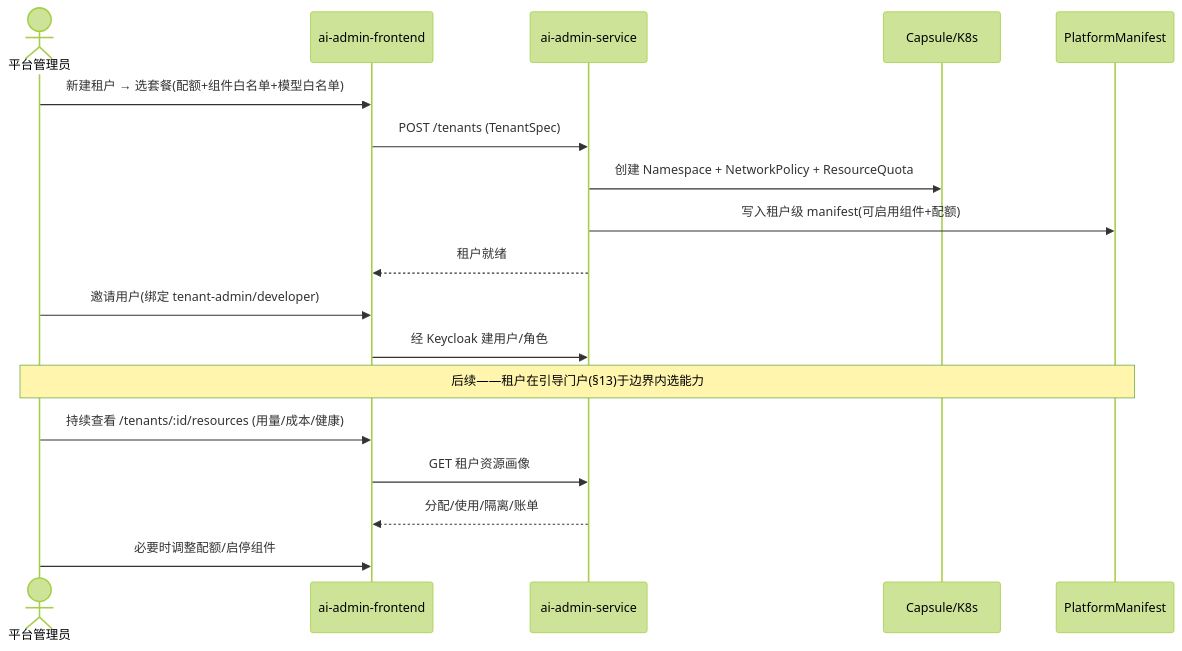
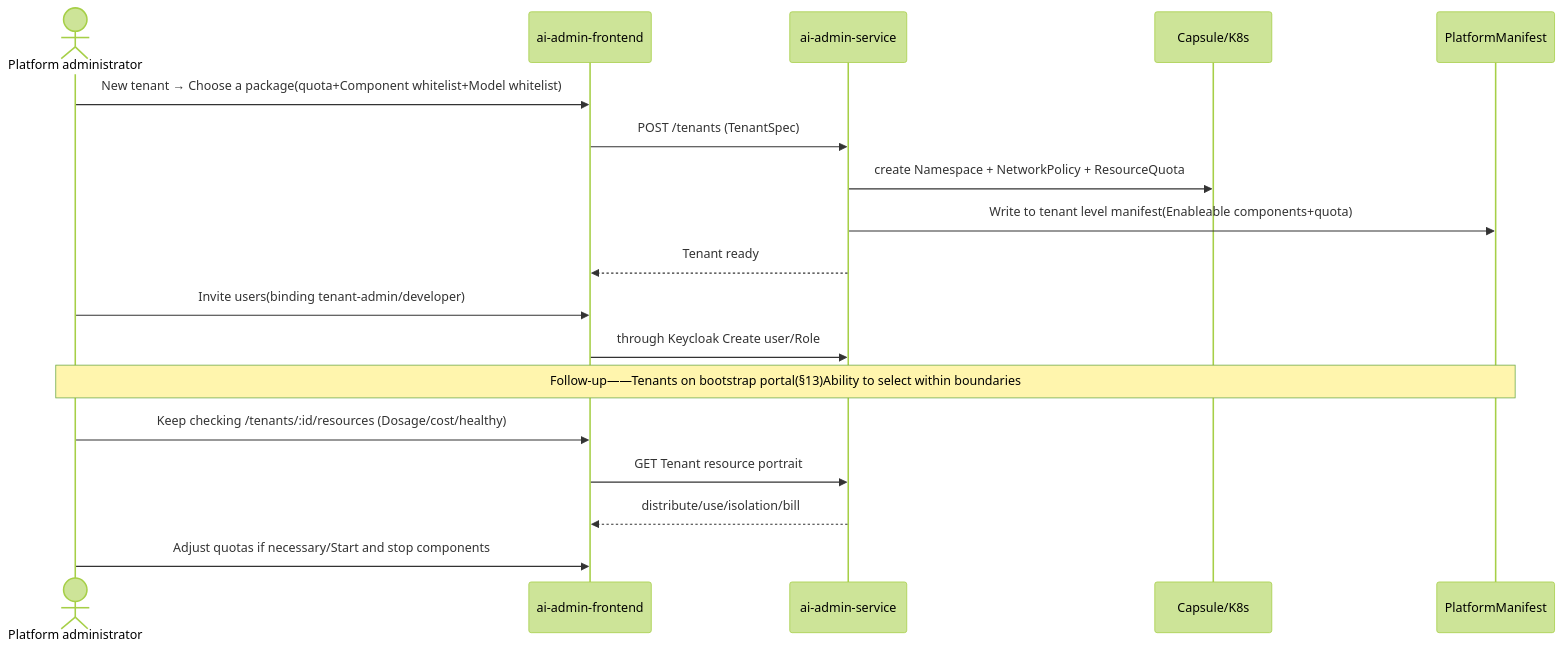
One commit to open-strata-ai/ai-admin-frontend changed the second of 3 diagrams in design/DESIGN.md. Above: the diagram before and after it, drawn with Mermaid (forest theme). The commit also changed other lines of this file and 10 other files, not shown here.

````diff
--- a/design/DESIGN.md
+++ b/design/DESIGN.md
@@ -91,20 +91,20 @@
 ```mermaid
 sequenceDiagram
-    actor PA as 平台管理员
+    actor PA as Platform administrator
     participant MP as ai-admin-frontend
     participant SVC as ai-admin-service
     participant K8s as Capsule/K8s
     participant MANI as PlatformManifest
-    PA->>MP: 新建租户 → 选套餐(配额+组件白名单+模型白名单)
+    PA->>MP: New tenant → Choose a package(quota+Component whitelist+Model whitelist)
     MP->>SVC: POST /tenants (TenantSpec)
-    SVC->>K8s: 创建 Namespace + NetworkPolicy + ResourceQuota
-    SVC->>MANI: 写入租户级 manifest(可启用组件+配额)
-    SVC-->>MP: 租户就绪
-    PA->>MP: 邀请用户(绑定 tenant-admin/developer)
-    MP->>SVC: 经 Keycloak 建用户/角色
-    Note over PA,MANI: 后续——租户在引导门户(§13)于边界内选能力
-    PA->>MP: 持续查看 /tenants/:id/resources (用量/成本/健康)
-    MP->>SVC: GET 租户资源画像
-    SVC-->>MP: 分配/使用/隔离/账单
-    PA->>MP: 必要时调整配额/启停组件
+    SVC->>K8s: create Namespace + NetworkPolicy + ResourceQuota
+    SVC->>MANI: Write to tenant level manifest(Enableable components+quota)
+    SVC-->>MP: Tenant ready
+    PA->>MP: Invite users(binding tenant-admin/developer)
+    MP->>SVC: through Keycloak Create user/Role
+    Note over PA,MANI: Follow-up——Tenants on bootstrap portal(§13)Ability to select within boundaries
+    PA->>MP: Keep checking /tenants/:id/resources (Dosage/cost/healthy)
+    MP->>SVC: GET Tenant resource portrait
+    SVC-->>MP: distribute/use/isolation/bill
+    PA->>MP: Adjust quotas if necessary/Start and stop components
 ```
````
